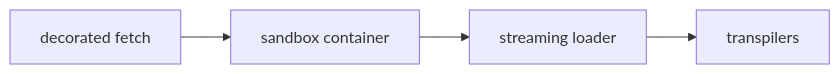
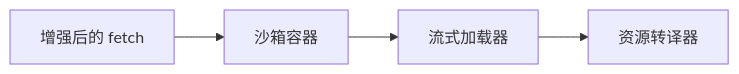
Before and after one commit to umijs/qiankun: the second of 3 diagrams in docs/zh-CN/internals/runtime-orchestration.md, drawn with Mermaid. The commit also changed other lines of this file and 66 other files, not shown here.

````diff
--- a/docs/zh-CN/internals/runtime-orchestration.md
+++ b/docs/zh-CN/internals/runtime-orchestration.md
@@ -30,6 +30,6 @@
 ```mermaid
 flowchart LR
-  F[decorated fetch] --> S[sandbox container]
-  S --> L[streaming loader]
-  L --> T[transpilers]
+  F[增强后的 fetch] --> S[沙箱容器]
+  S --> L[流式加载器]
+  L --> T[资源转译器]
 ```
````
